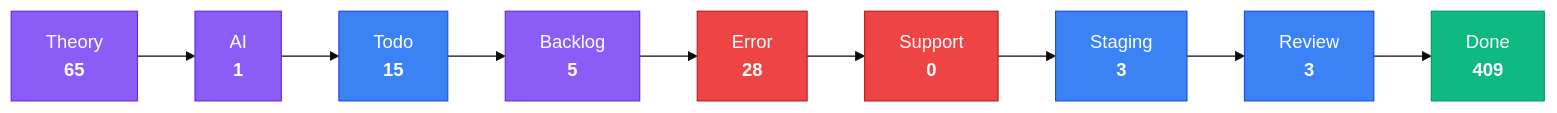
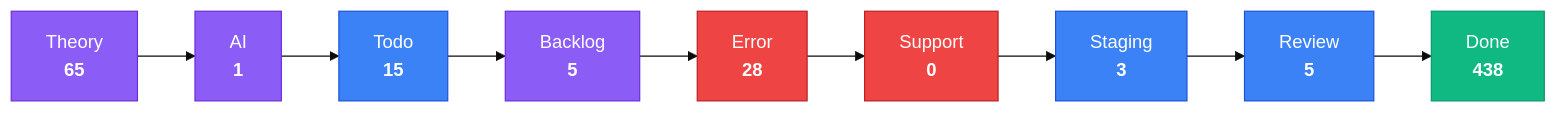
One commit to KBVE/kbve changed the third of 4 diagrams in apps/kbve/astro-kbve/src/content/docs/dashboard/kanban-data.mdx. Above: the diagram before and after it, drawn with Mermaid (base theme). The commit also changed other lines of this file and 8 other files, not shown here.

````diff
--- a/apps/kbve/astro-kbve/src/content/docs/dashboard/kanban-data.mdx
+++ b/apps/kbve/astro-kbve/src/content/docs/dashboard/kanban-data.mdx
@@ -80,28 +80,28 @@
 ```mermaid
 flowchart LR
     classDef planning fill:#8b5cf6,stroke:#6d28d9,color:#fff
     classDef active fill:#3b82f6,stroke:#1d4ed8,color:#fff
     classDef blocked fill:#ef4444,stroke:#b91c1c,color:#fff
     classDef done fill:#10b981,stroke:#059669,color:#fff
     Theory["Theory<br/><strong>65</strong>"]
     Theory --> AI
     AI["AI<br/><strong>1</strong>"]
     AI --> Todo
     Todo["Todo<br/><strong>15</strong>"]
     Todo --> Backlog
     Backlog["Backlog<br/><strong>5</strong>"]
     Backlog --> Error
     Error["Error<br/><strong>28</strong>"]
     Error --> Support
     Support["Support<br/><strong>0</strong>"]
     Support --> Staging
     Staging["Staging<br/><strong>3</strong>"]
     Staging --> Review
-    Review["Review<br/><strong>3</strong>"]
+    Review["Review<br/><strong>5</strong>"]
     Review --> Done
-    Done["Done<br/><strong>409</strong>"]
+    Done["Done<br/><strong>438</strong>"]
     class Theory,AI,Backlog planning
     class Todo,Staging,Review active
     class Error,Support blocked
     class Done done
 ```
````
